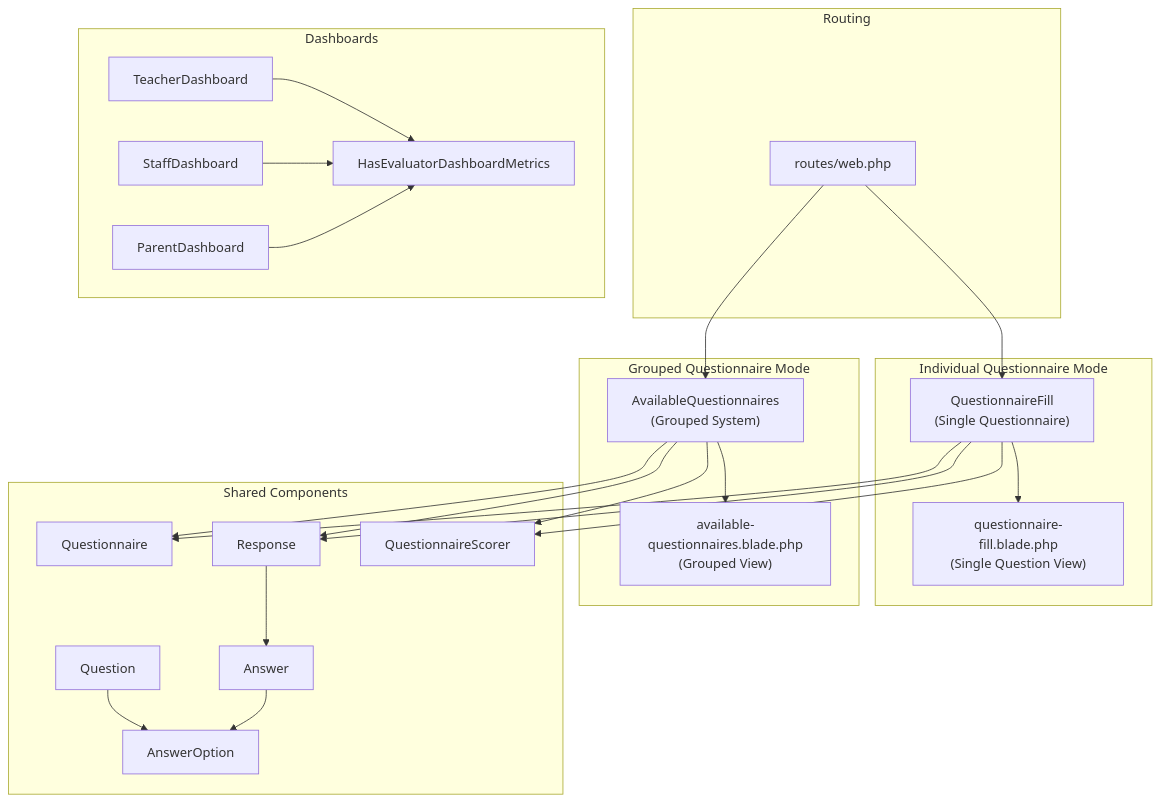
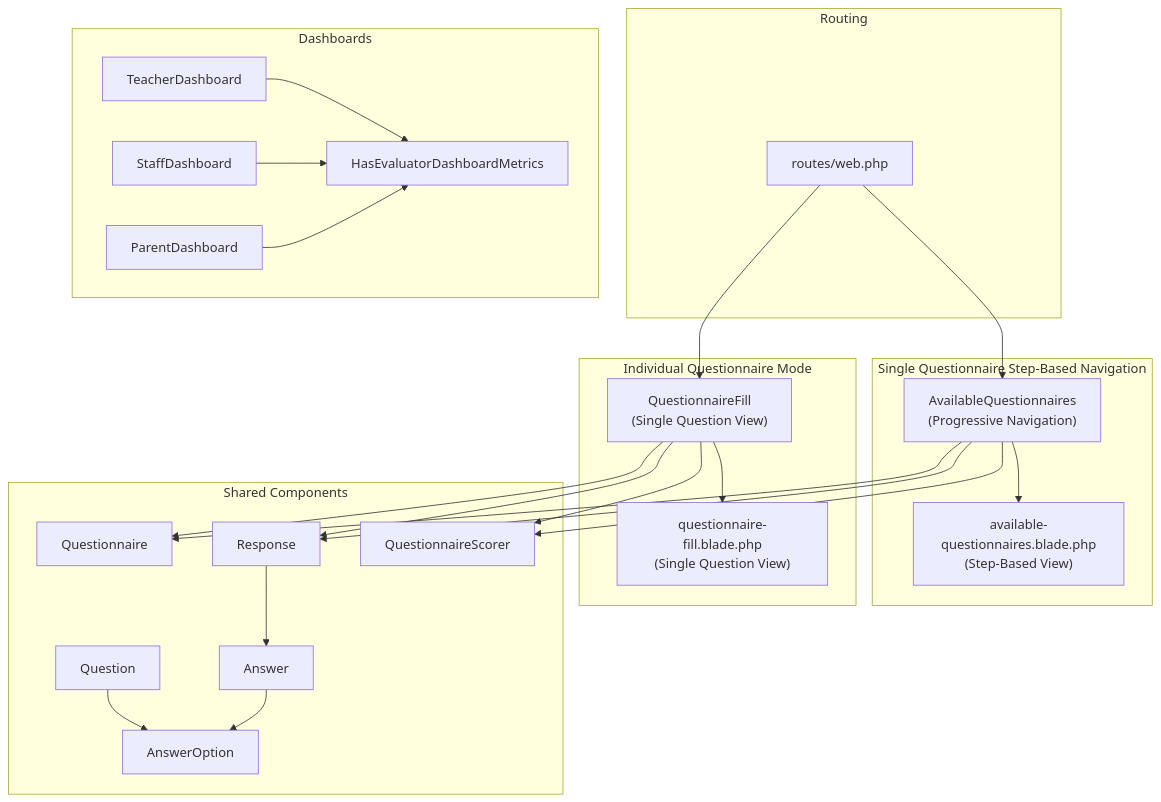
Before and after one commit to rudicatsmile/assesment360: the first of 8 diagrams in .qoder/repowiki/en/content/Core Features/Evaluation Workflows/Questionnaire Filling Interface.md, drawn with Mermaid. The commit also changed other lines of this file and 15 other files, not shown here.

````diff
--- a/.qoder/repowiki/en/content/Core Features/Evaluation Workflows/Questionnaire Filling Interface.md
+++ b/.qoder/repowiki/en/content/Core Features/Evaluation Workflows/Questionnaire Filling Interface.md
@@ -55,44 +55,44 @@
 ```mermaid
 graph TB
+subgraph "Single Questionnaire Step-Based Navigation"
+AQ["AvailableQuestionnaires<br/>(Progressive Navigation)"]
+AQV["available-questionnaires.blade.php<br/>(Step-Based View)"]
+end
 subgraph "Individual Questionnaire Mode"
-WF["QuestionnaireFill<br/>(Single Questionnaire)"]
+WF["QuestionnaireFill<br/>(Single Question View)"]
 QF["questionnaire-fill.blade.php<br/>(Single Question View)"]
-end
-subgraph "Grouped Questionnaire Mode"
-AQ["AvailableQuestionnaires<br/>(Grouped System)"]
-GQ["available-questionnaires.blade.php<br/>(Grouped View)"]
 end
 subgraph "Shared Components"
 QN["Questionnaire"]
 QT["Question"]
 AO["AnswerOption"]
 RP["Response"]
 AN["Answer"]
 SC["QuestionnaireScorer"]
 end
 subgraph "Routing"
 RT["routes/web.php"]
 end
 subgraph "Dashboards"
 TD["TeacherDashboard"]
 SD["StaffDashboard"]
 PD["ParentDashboard"]
 METRICS["HasEvaluatorDashboardMetrics"]
 end
+AQ --> AQV
 WF --> QF
-AQ --> GQ
+AQ --> QN
 WF --> QN
-AQ --> QN
+AQ --> RP
 WF --> RP
-AQ --> RP
 RP --> AN
 QT --> AO
 AN --> AO
+AQ --> SC
 WF --> SC
-AQ --> SC
+RT --> AQ
 RT --> WF
-RT --> AQ
 TD --> METRICS
 SD --> METRICS
 PD --> METRICS
 ```
````
